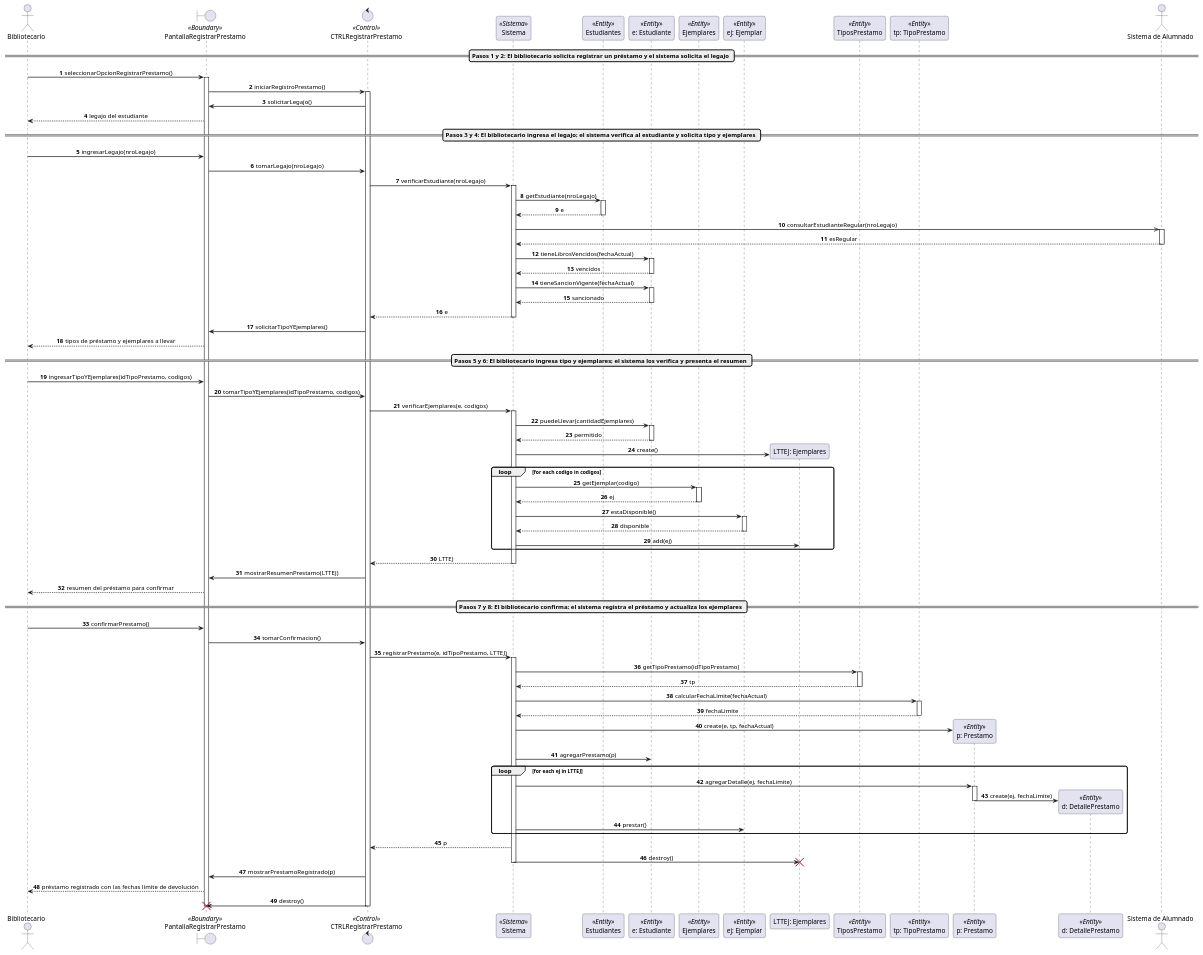
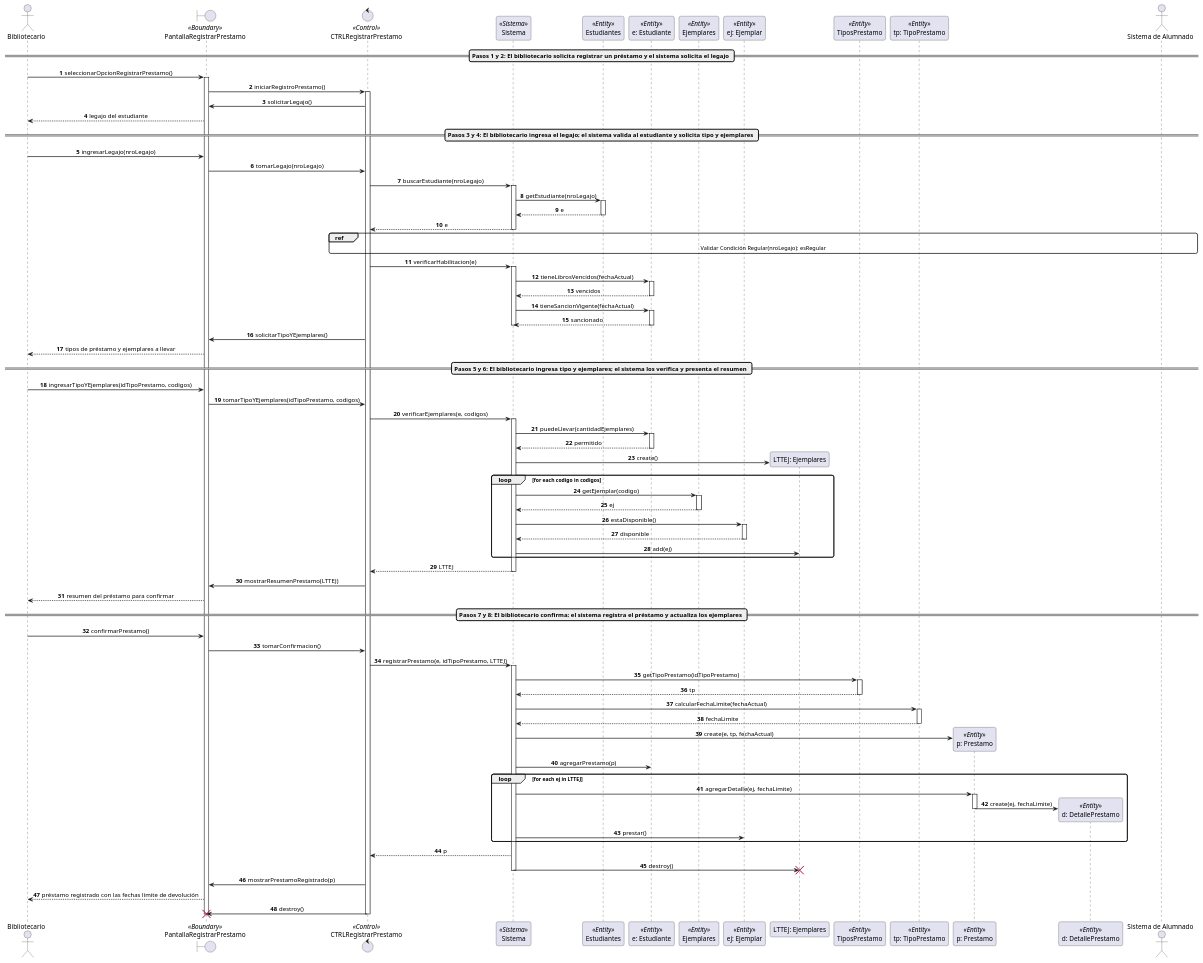
The diagram in parciales/ejercicio-extra/02-registrar-prestamo/05-diagrama-secuencia/secuencia_registrar_prestamo.puml (sandobaitt/dsi-2026), drawn with PlantUML before and after one commit. The commit also changed 10 other files, not shown here.

Commit message:
refactor: update class diagram and related documentation for registrar prestamo use case

```diff
--- a/parciales/ejercicio-extra/02-registrar-prestamo/05-diagrama-secuencia/secuencia_registrar_prestamo.puml
+++ b/parciales/ejercicio-extra/02-registrar-prestamo/05-diagrama-secuencia/secuencia_registrar_prestamo.puml
@@ -1,170 +1,175 @@
 @startuml secuencia_registrar_prestamo
 !pragma layout smetana
 autonumber
 skinparam shadowing false
 skinparam roundcorner 8
 skinparam sequenceArrowThickness 1.5
 skinparam sequenceMessageAlign center
 skinparam responseMessageBelowArrow true
 
 ' ==============================================================================
 ' DIAGRAMA DE SECUENCIA: Realización de CU "Registrar Préstamo" (Camino Estándar)
 ' BiblioUTN - Ejercicio Extra 2026 (Ejercicio 2.b.iii) - Diseño de Sistemas (DSI)
 ' - Solo camino estándar de la descripción del CU
 ' - Sin CTRLSesion: el CU no necesita datos del bibliotecario logueado
 ' - Búsquedas indexadas (sin loop): Estudiantes, Ejemplares y TiposPrestamo
 ' - Estudiante es experto en su situación: vencidos, sanción vigente y cupo
 ' - Lista temporal LTTEJ creada, llenada y destruida por Sistema
-' - Sistema de Alumnado: actor externo invocado por Sistema (asíncrono)
+' - Condición de regular: CU incluido Validar Condición Regular, referenciado con ref
+'   (el Sistema de Alumnado, actor externo, solo participa dentro de ese ref)
 ' - Composición Prestamo -> DetallePrestamo: la cabecera crea sus detalles
 ' - Cambio de estado del ejemplar con mensaje de negocio: prestar()
 ' - fechaActual: fecha del sistema; cantidadEjemplares: cantidad de códigos ingresados
 ' - El CTRL destruye la UI al finalizar
 ' ==============================================================================
 
 actor "Bibliotecario" as Actor
 boundary "PantallaRegistrarPrestamo" as UI <<Boundary>>
 control "CTRLRegistrarPrestamo" as CTRL <<Control>>
 participant "Sistema" as Sistema <<Sistema>>
 participant "Estudiantes" as Estudiantes <<Entity>>
 participant "e: Estudiante" as Estudiante <<Entity>>
 participant "Ejemplares" as Ejemplares <<Entity>>
 participant "ej: Ejemplar" as Ejemplar <<Entity>>
 participant "LTTEJ: Ejemplares" as LTTEJ
 participant "TiposPrestamo" as Tipos <<Entity>>
 participant "tp: TipoPrestamo" as TipoPrestamo <<Entity>>
 participant "p: Prestamo" as Prestamo <<Entity>>
 participant "d: DetallePrestamo" as Detalle <<Entity>>
 actor "Sistema de Alumnado" as Alumnado
 
 == Pasos 1 y 2: El bibliotecario solicita registrar un préstamo y el sistema solicita el legajo ==
 Actor -> UI: seleccionarOpcionRegistrarPrestamo()
 activate UI
 UI -> CTRL: iniciarRegistroPrestamo()
 activate CTRL
 
 CTRL -> UI: solicitarLegajo()
 UI --> Actor: legajo del estudiante
 
-== Pasos 3 y 4: El bibliotecario ingresa el legajo; el sistema verifica al estudiante y solicita tipo y ejemplares ==
+== Pasos 3 y 4: El bibliotecario ingresa el legajo; el sistema valida al estudiante y solicita tipo y ejemplares ==
 Actor -> UI: ingresarLegajo(nroLegajo)
 UI -> CTRL: tomarLegajo(nroLegajo)
 
-CTRL -> Sistema: verificarEstudiante(nroLegajo)
+CTRL -> Sistema: buscarEstudiante(nroLegajo)
 activate Sistema
 
 ' Búsqueda indexada: un estudiante puntual por su legajo
 Sistema -> Estudiantes: getEstudiante(nroLegajo)
 activate Estudiantes
 Estudiantes --> Sistema: e
 deactivate Estudiantes
 
-' Actor externo: lo invoca Sistema, mensaje asíncrono
-Sistema ->> Alumnado: consultarEstudianteRegular(nroLegajo)
-activate Alumnado
-Alumnado --> Sistema: esRegular
-deactivate Alumnado
+Sistema --> CTRL: e
+deactivate Sistema
+
+' CU incluido Validar Condición Regular (la consulta a Alumnado es asíncrona)
+ref over CTRL, Sistema, Alumnado
+    Validar Condición Regular(nroLegajo): esRegular
+end ref
+
+CTRL -> Sistema: verificarHabilitacion(e)
+activate Sistema
 
 ' Patrón experto: el estudiante conoce sus préstamos y sanciones
 Sistema -> Estudiante: tieneLibrosVencidos(fechaActual)
 activate Estudiante
 Estudiante --> Sistema: vencidos
 deactivate Estudiante
 
 Sistema -> Estudiante: tieneSancionVigente(fechaActual)
 activate Estudiante
 Estudiante --> Sistema: sancionado
 deactivate Estudiante
 
-Sistema --> CTRL: e
 deactivate Sistema
 
 CTRL -> UI: solicitarTipoYEjemplares()
 UI --> Actor: tipos de préstamo y ejemplares a llevar
 
 == Pasos 5 y 6: El bibliotecario ingresa tipo y ejemplares; el sistema los verifica y presenta el resumen ==
 Actor -> UI: ingresarTipoYEjemplares(idTipoPrestamo, codigos)
 UI -> CTRL: tomarTipoYEjemplares(idTipoPrestamo, codigos)
 
 CTRL -> Sistema: verificarEjemplares(e, codigos)
 activate Sistema
 
 Sistema -> Estudiante: puedeLlevar(cantidadEjemplares)
 activate Estudiante
 Estudiante --> Sistema: permitido
 deactivate Estudiante
 
 create LTTEJ
 Sistema -> LTTEJ: create()
 
 ' Búsqueda indexada de cada ejemplar por su código de inventario
 loop for each codigo in codigos
     Sistema -> Ejemplares: getEjemplar(codigo)
     activate Ejemplares
     Ejemplares --> Sistema: ej
     deactivate Ejemplares
 
     Sistema -> Ejemplar: estaDisponible()
     activate Ejemplar
     Ejemplar --> Sistema: disponible
     deactivate Ejemplar
 
     Sistema -> LTTEJ: add(ej)
 end
 
 Sistema --> CTRL: LTTEJ
 deactivate Sistema
 
 CTRL -> UI: mostrarResumenPrestamo(LTTEJ)
 UI --> Actor: resumen del préstamo para confirmar
 
 == Pasos 7 y 8: El bibliotecario confirma; el sistema registra el préstamo y actualiza los ejemplares ==
 Actor -> UI: confirmarPrestamo()
 UI -> CTRL: tomarConfirmacion()
 
 CTRL -> Sistema: registrarPrestamo(e, idTipoPrestamo, LTTEJ)
 activate Sistema
 
 Sistema -> Tipos: getTipoPrestamo(idTipoPrestamo)
 activate Tipos
 Tipos --> Sistema: tp
 deactivate Tipos
 
 ' Patrón experto: el tipo de préstamo conoce su plazo
 Sistema -> TipoPrestamo: calcularFechaLimite(fechaActual)
 activate TipoPrestamo
 TipoPrestamo --> Sistema: fechaLimite
 deactivate TipoPrestamo
 
 ' Entidad cabecera: la crea Sistema
 create Prestamo
 Sistema -> Prestamo: create(e, tp, fechaActual)
 
 Sistema -> Estudiante: agregarPrestamo(p)
 
 ' Se recorre la lista temporal que Sistema ya conoce: sin mensaje de lectura
 loop for each ej in LTTEJ
     ' Composición: la cabecera crea sus detalles
     Sistema -> Prestamo: agregarDetalle(ej, fechaLimite)
     activate Prestamo
     create Detalle
     Prestamo -> Detalle: create(ej, fechaLimite)
     deactivate Prestamo
 
     ' Cambio de estado con mensaje de negocio, no con setEstado
     Sistema -> Ejemplar: prestar()
 end
 
 Sistema --> CTRL: p
 Sistema -> LTTEJ: destroy()
 destroy LTTEJ
 deactivate Sistema
 
 CTRL -> UI: mostrarPrestamoRegistrado(p)
 UI --> Actor: préstamo registrado con las fechas límite de devolución
 
 CTRL -> UI: destroy()
 destroy UI
 deactivate CTRL
 
 @enduml
```
